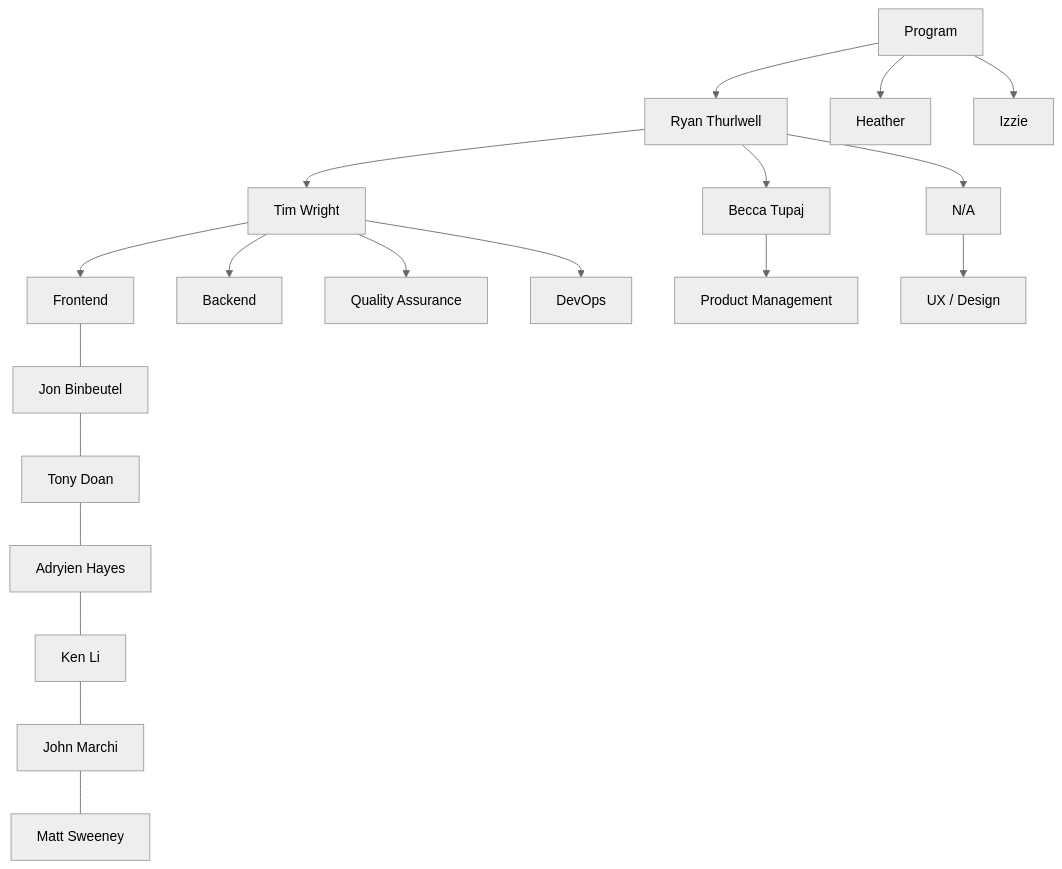
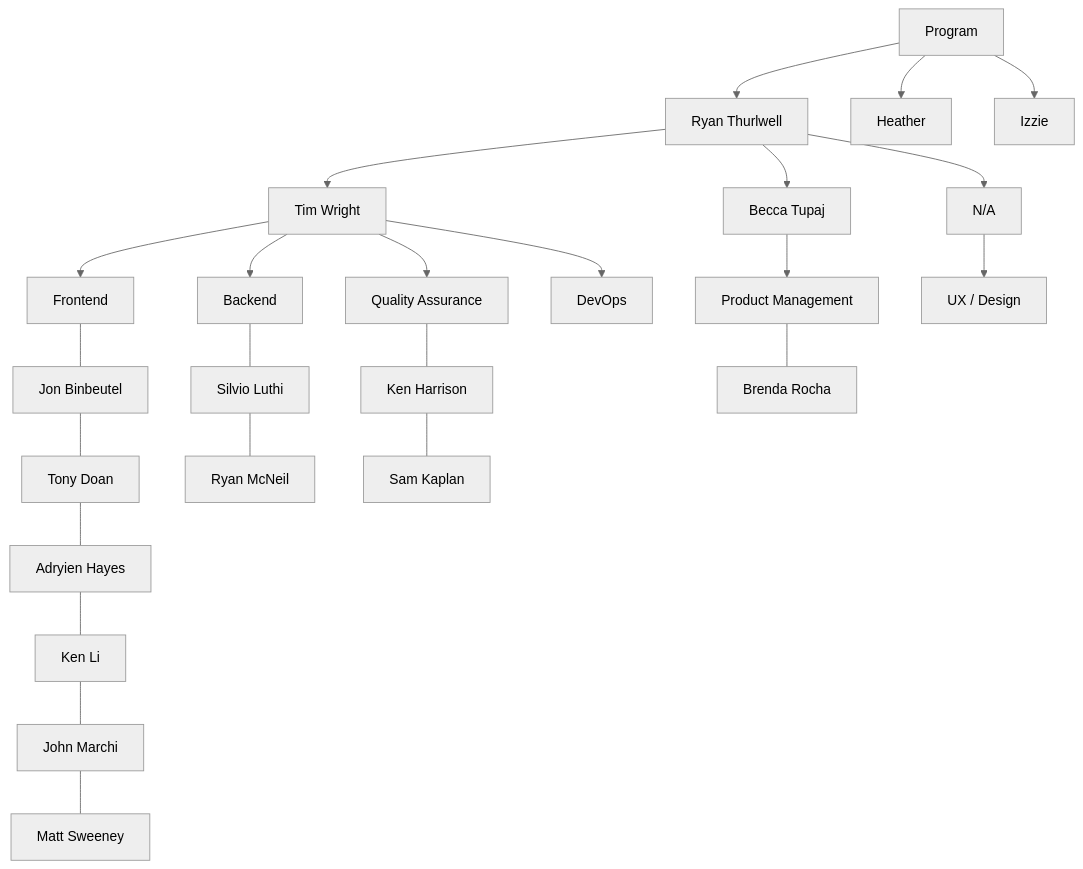
One commit to department-of-veterans-affairs/va.gov-team changed the diagram in products/va-mobile-app/Teams/MobileDesignSystem/test.md. Above: the diagram before and after it, drawn with Mermaid. The commit also changed other lines of this file, not shown here.

````diff
--- a/products/va-mobile-app/Teams/MobileDesignSystem/test.md
+++ b/products/va-mobile-app/Teams/MobileDesignSystem/test.md
@@ -31,19 +1,24 @@
 ```mermaid
 ---
 config:
   theme: neutral
   layout: fixed
 ---
 flowchart TD
     PROG["Program"] --> RT["Ryan Thurlwell"] & HG["Heather"] & IZ["Izzie"]
     RT --> BET["Becca Tupaj"] & TW["Tim Wright"] & NA["N/A"]
     TW --> FE["Frontend"] & BE["Backend"] & QA["Quality Assurance"] & DEVOPS["DevOps"]
     BET --> PM["Product Management"]
     NA --> UX["UX / Design"]
     FE --- JB["Jon Binbeutel"]
     JB --- TOD["Tony Doan"]
     TOD --- AH["Adryien Hayes"]
     AH --- KL["Ken Li"]
     KL --- JM["John Marchi"]
     JM --- MS["Matt Sweeney"]
+    BE --- SL["Silvio Luthi"]
+    SL --- RM["Ryan McNeil"]
+    QA --- KH["Ken Harrison"]
+    KH --- SK["Sam Kaplan"]
+    PM --- BR["Brenda Rocha"]
 ```
````
